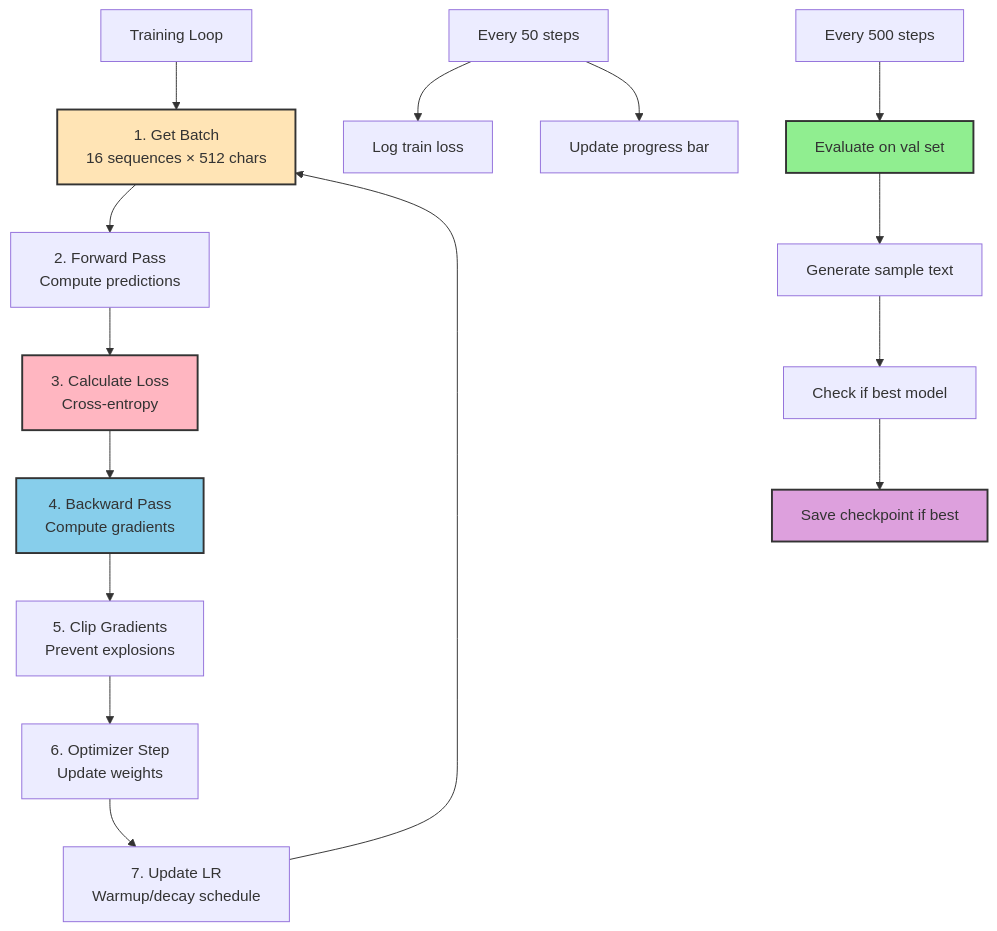
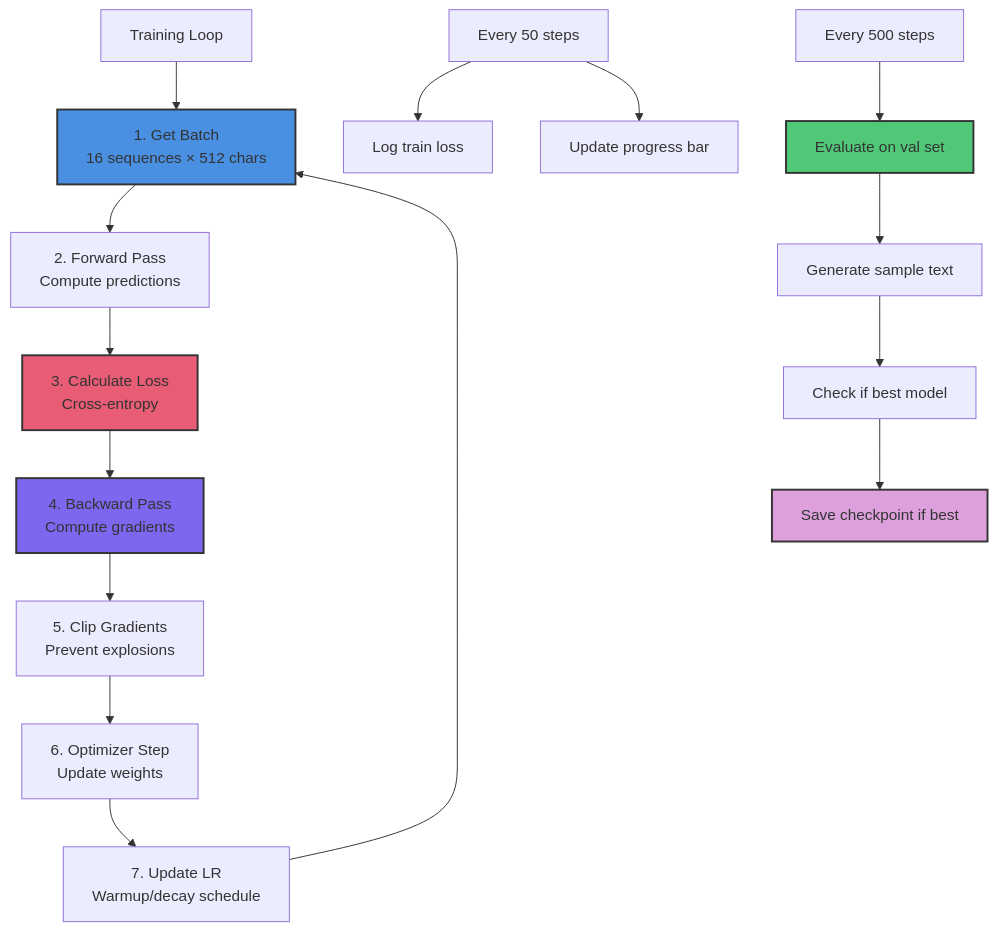
One commit to tenstorrent/tt-vscode-toolkit changed the sixth of 10 diagrams in content/lessons/ct8-training-from-scratch.md. Above: the diagram before and after it, drawn with Mermaid. The commit also changed other lines of this file and 9 other files, not shown here.

````diff
--- a/content/lessons/ct8-training-from-scratch.md
+++ b/content/lessons/ct8-training-from-scratch.md
@@ -503,25 +503,25 @@
 ```mermaid
 graph TD
     A[Training Loop] --> B[1. Get Batch<br/>16 sequences × 512 chars]
     B --> C[2. Forward Pass<br/>Compute predictions]
     C --> D[3. Calculate Loss<br/>Cross-entropy]
     D --> E[4. Backward Pass<br/>Compute gradients]
     E --> F[5. Clip Gradients<br/>Prevent explosions]
     F --> G[6. Optimizer Step<br/>Update weights]
     G --> H[7. Update LR<br/>Warmup/decay schedule]
     H --> B
 
     I[Every 50 steps] --> J[Log train loss]
     I --> K[Update progress bar]
 
     L[Every 500 steps] --> M[Evaluate on val set]
     M --> N[Generate sample text]
     N --> O[Check if best model]
     O --> P[Save checkpoint if best]
 
-    style B fill:#FFE4B5,stroke:#333,stroke-width:2px
-    style D fill:#FFB6C1,stroke:#333,stroke-width:2px
-    style E fill:#87CEEB,stroke:#333,stroke-width:2px
-    style M fill:#90EE90,stroke:#333,stroke-width:2px
+    style B fill:#4A90E2,stroke:#333,stroke-width:2px
+    style D fill:#E85D75,stroke:#333,stroke-width:2px
+    style E fill:#7B68EE,stroke:#333,stroke-width:2px
+    style M fill:#50C878,stroke:#333,stroke-width:2px
     style P fill:#DDA0DD,stroke:#333,stroke-width:2px
 ```
````
